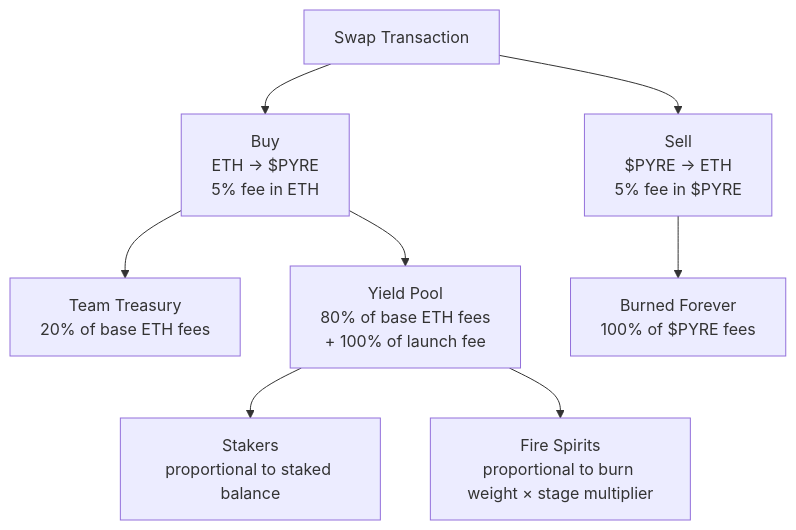
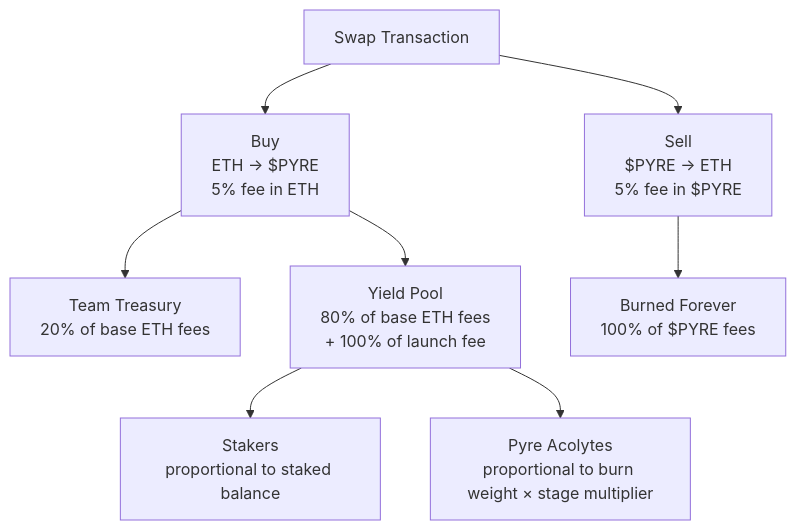
Before and after one commit to DhruvGodambe/pyre-frontend: the third of 5 diagrams in MAP.md, drawn with Mermaid. The commit also changed other lines of this file and 66 other files, not shown here.

````diff
--- a/MAP.md
+++ b/MAP.md
@@ -53,12 +53,12 @@
 ```mermaid
 flowchart TD
     SWAP["Swap Transaction"] --> BUY["Buy\nETH → $PYRE\n5% fee in ETH"]
     SWAP --> SELL["Sell\n$PYRE → ETH\n5% fee in $PYRE"]
 
     BUY --> TEAM["Team Treasury\n20% of base ETH fees"]
     BUY --> POOL["Yield Pool\n80% of base ETH fees\n+ 100% of launch fee"]
     SELL --> BURN["Burned Forever\n100% of $PYRE fees"]
 
     POOL --> S["Stakers\nproportional to staked balance"]
-    POOL --> FS["Fire Spirits\nproportional to burn weight × stage multiplier"]
+    POOL --> FS["Pyre Acolytes\nproportional to burn weight × stage multiplier"]
 ```
````
